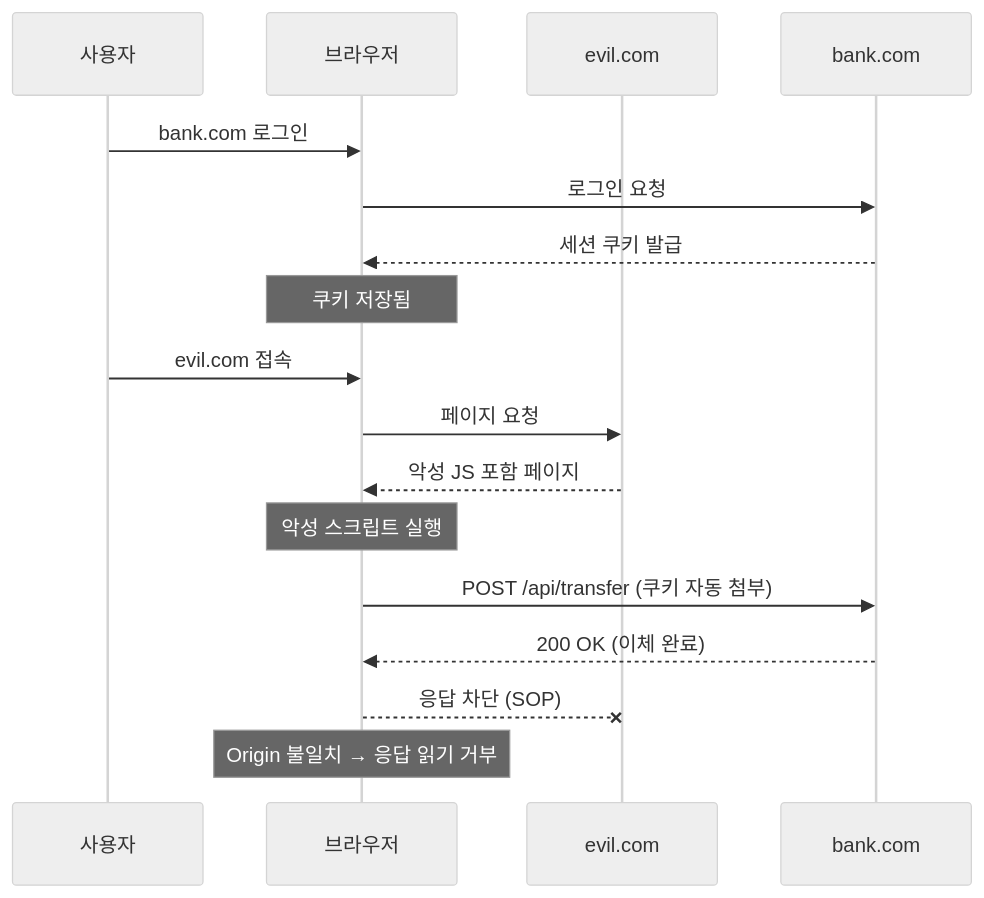
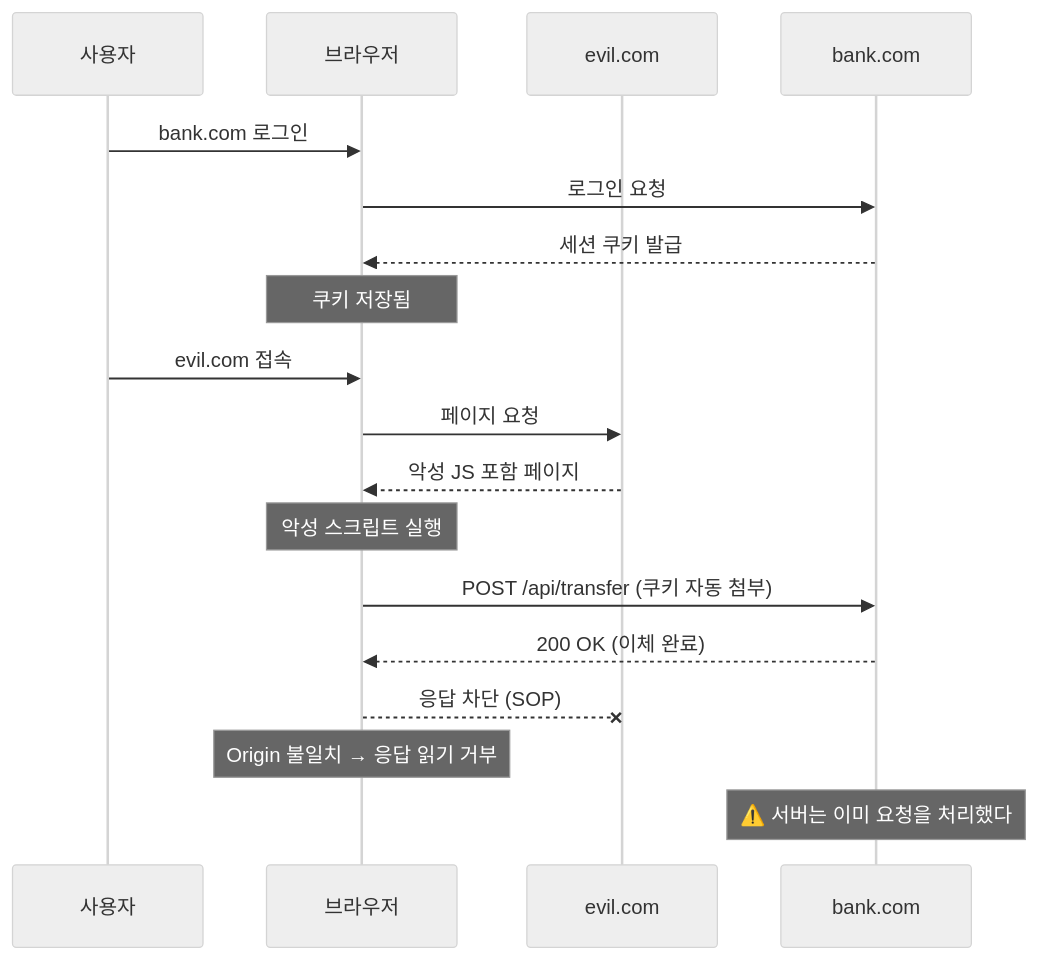
The second of 5 diagrams in src/content/blog/cors-understanding-guide.md (rhcwlq89/rhcwlq89.github.io), drawn with Mermaid (neutral theme) before and after one commit. The commit also changed other lines of this file and 1 other file, not shown here.

````diff
--- a/src/content/blog/cors-understanding-guide.md
+++ b/src/content/blog/cors-understanding-guide.md
@@ -101,22 +101,23 @@
 ```mermaid
 sequenceDiagram
     participant User as 사용자
     participant Browser as 브라우저
     participant Evil as evil.com
     participant Bank as bank.com
 
     User->>Browser: bank.com 로그인
     Browser->>Bank: 로그인 요청
     Bank-->>Browser: 세션 쿠키 발급
     Note over Browser: 쿠키 저장됨
 
     User->>Browser: evil.com 접속
     Browser->>Evil: 페이지 요청
     Evil-->>Browser: 악성 JS 포함 페이지
 
     Note over Browser: 악성 스크립트 실행
     Browser->>Bank: POST /api/transfer (쿠키 자동 첨부)
     Bank-->>Browser: 200 OK (이체 완료)
     Browser--xEvil: 응답 차단 (SOP)
     Note over Browser: Origin 불일치 → 응답 읽기 거부
+    Note over Bank: ⚠️ 서버는 이미 요청을 처리했다
 ```
````
